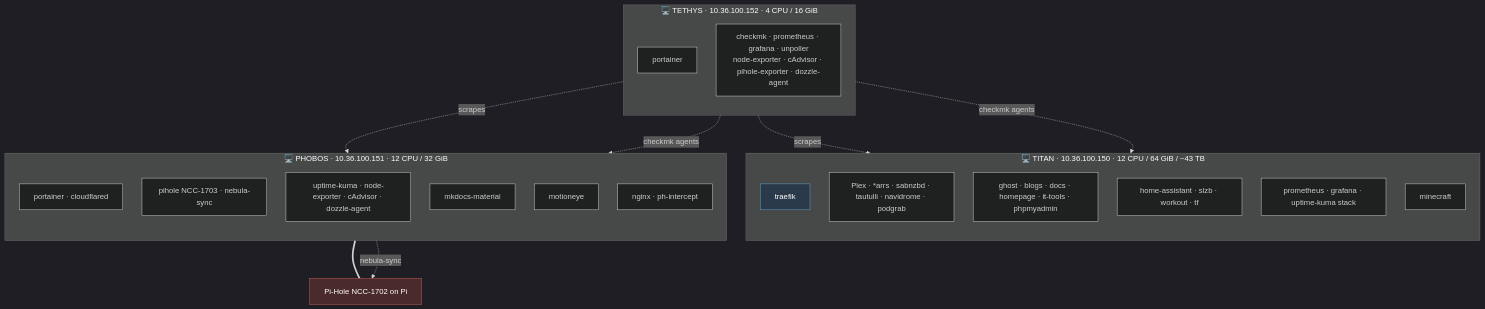
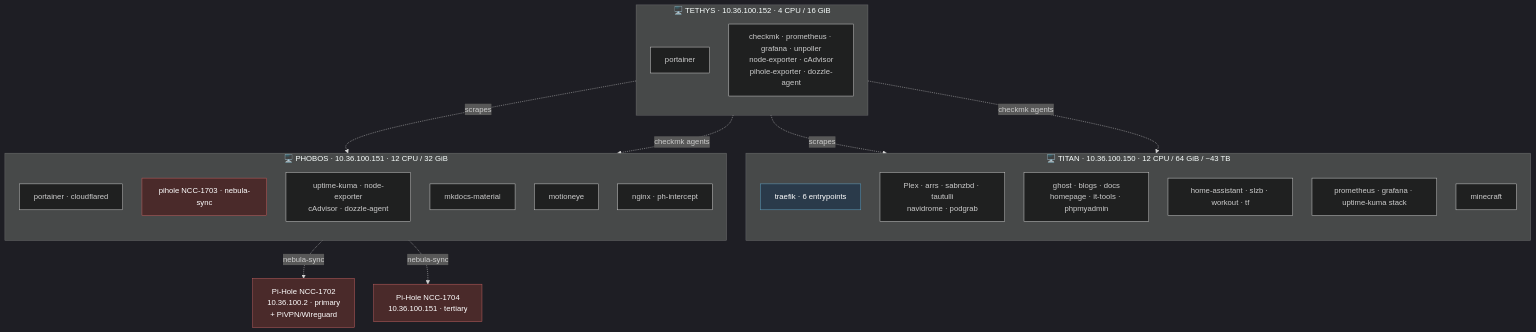
One commit to Xanderlicious/mkdocs changed the fifth of 5 diagrams in docs/homelabinfra.md. Above: the diagram before and after it, drawn with Mermaid. The commit also changed other lines of this file, not shown here.

Commit message:
updated the mermaid code again

````diff
--- a/docs/homelabinfra.md
+++ b/docs/homelabinfra.md
@@ -162,37 +186,42 @@
 ```mermaid
 %%{init: {'theme':'dark','flowchart':{'nodeSpacing':40,'rankSpacing':55}}}%%
 flowchart TB
     subgraph TITAN[🖥️ TITAN · 10.36.100.150 · 12 CPU / 64 GiB / ~43 TB]
         direction TB
-        T_TR[traefik]:::ep
-        T_MEDIA[Plex · *arrs · sabnzbd · tautulli · navidrome · podgrab]
-        T_WEB[ghost · blogs · docs · homepage · it-tools · phpmyadmin]
+        T_TR[traefik · 6 entrypoints]:::ep
+        T_MEDIA[Plex · arrs · sabnzbd · tautulli<br/>navidrome · podgrab]
+        T_WEB[ghost · blogs · docs<br/>homepage · it-tools · phpmyadmin]
         T_AUTO[home-assistant · slzb · workout · tf]
         T_OBS[prometheus · grafana · uptime-kuma stack]
         T_GAME[minecraft]
     end
 
     subgraph PHOBOS[🖥️ PHOBOS · 10.36.100.151 · 12 CPU / 32 GiB]
         direction TB
         P_MGMT[portainer · cloudflared]
-        P_DNS[pihole NCC-1703 · nebula-sync]
-        P_OBS[uptime-kuma · node-exporter · cAdvisor · dozzle-agent]
+        P_DNS[pihole NCC-1703 · nebula-sync]:::dns
+        P_OBS[uptime-kuma · node-exporter<br/>cAdvisor · dozzle-agent]
         P_DOCS[mkdocs-material]
         P_CCTV[motioneye]
         P_NET[nginx · ph-intercept]
     end
 
     subgraph TETHYS[🖥️ TETHYS · 10.36.100.152 · 4 CPU / 16 GiB]
         direction TB
         TE_MGMT[portainer]
-        TE_MON[checkmk · prometheus · grafana · unpoller<br/>node-exporter · cAdvisor · pihole-exporter · dozzle-agent]
+        TE_MON[checkmk · prometheus · grafana · unpoller<br/>node-exporter · cAdvisor<br/>pihole-exporter · dozzle-agent]
     end
 
-    P_DNS === PI2[Pi-Hole NCC-1702 on Pi]:::dns
-    P_DNS -. "nebula-sync" .-> PI2
-    TE_MON -. "scrapes" .-> TITAN & PHOBOS
-    TE_MGMT -. "checkmk agents" .-> TITAN & PHOBOS
+    PI1[Pi-Hole NCC-1702<br/>10.36.100.2 · primary<br/>+ PiVPN/Wireguard]:::dns
+    PI3[Pi-Hole NCC-1704<br/>10.36.100.151 · tertiary]:::dns
+
+    P_DNS -. "nebula-sync" .-> PI1
+    P_DNS -. "nebula-sync" .-> PI3
+    TE_MON -. "scrapes" .-> TITAN
+    TE_MON -. "scrapes" .-> PHOBOS
+    TE_MGMT -. "checkmk agents" .-> TITAN
+    TE_MGMT -. "checkmk agents" .-> PHOBOS
 
     classDef ep  fill:#2a3a4a,stroke:#60a0c0,color:#fff
     classDef dns fill:#4a2a2a,stroke:#c06060,color:#fff
 ```
````
